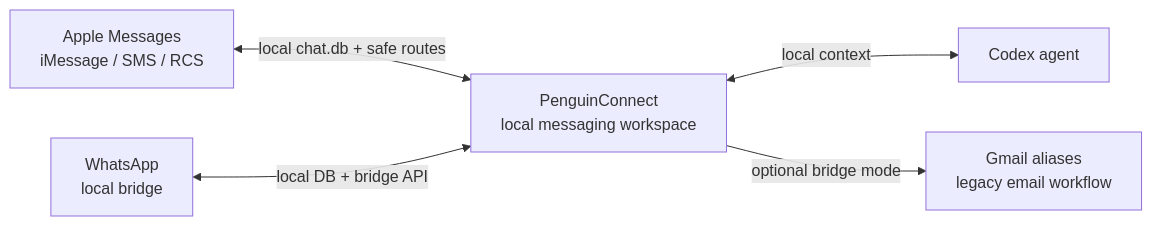
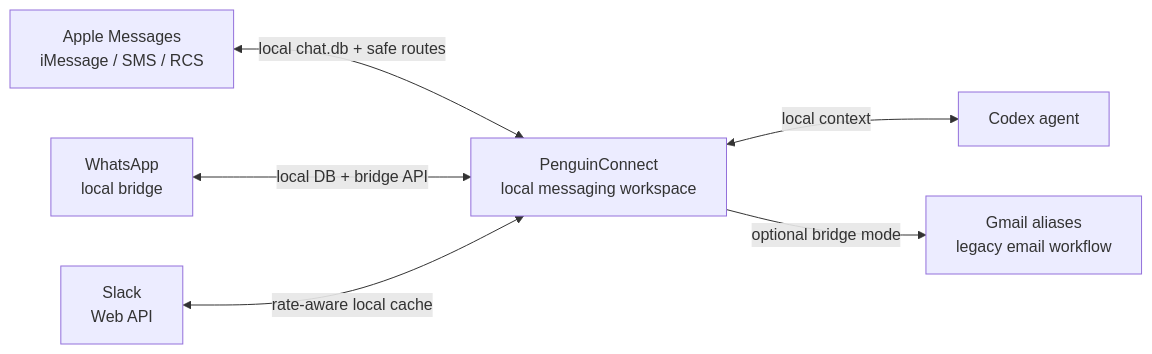
Before and after one commit to hgaddipati1118/penguin-connect: the diagram in README.md, drawn with Mermaid. The commit also changed other lines of this file and 10 other files, not shown here.

Commit message:
feat: add rate-aware Slack channels

````diff
--- a/README.md
+++ b/README.md
@@ -12,7 +12,8 @@
 ```mermaid
 flowchart LR
     Messages["Apple Messages<br/>iMessage / SMS / RCS"] <-->|local chat.db + safe routes| Workspace["PenguinConnect<br/>local messaging workspace"]
     WhatsApp["WhatsApp<br/>local bridge"] <-->|local DB + bridge API| Workspace
+    Slack["Slack<br/>Web API"] <-->|rate-aware local cache| Workspace
     Workspace <-->|local context| Codex["Codex agent"]
     Workspace -->|optional bridge mode| Gmail["Gmail aliases<br/>legacy email workflow"]
 ```
````
